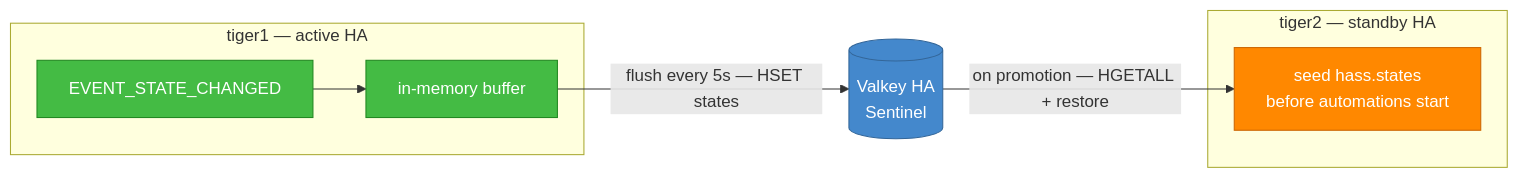
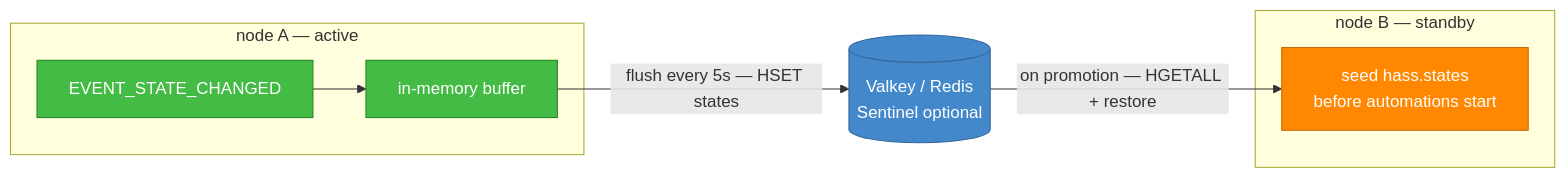
The diagram in README.md (bionic-tech/ha-cluster-state-sync), drawn with Mermaid before and after one commit. The commit also changed other lines of this file and 71 other files, not shown here.

````diff
--- a/README.md
+++ b/README.md
@@ -130,15 +61,15 @@
 ```mermaid
 graph LR
     classDef active fill:#44bb44,stroke:#228822,color:#fff
     classDef standby fill:#ff8800,stroke:#cc6600,color:#fff
     classDef store fill:#4488cc,stroke:#336699,color:#fff
 
-    subgraph T1["tiger1 — active HA"]
+    subgraph A["node A — active"]
       EV["EVENT_STATE_CHANGED"]:::active --> BUF["in-memory buffer"]:::active
     end
-    subgraph T2["tiger2 — standby HA"]
+    subgraph B["node B — standby"]
       RES["seed hass.states<br/>before automations start"]:::standby
     end
-    BUF -->|"flush every 5s — HSET states"| VK[("Valkey HA<br/>Sentinel")]:::store
+    BUF -->|"flush every 5s — HSET states"| VK[("Valkey / Redis<br/>Sentinel optional")]:::store
     VK -->|"on promotion — HGETALL + restore"| RES
 ```
````
